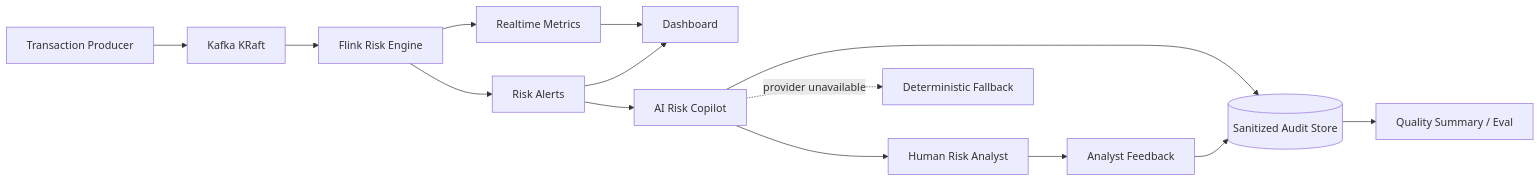
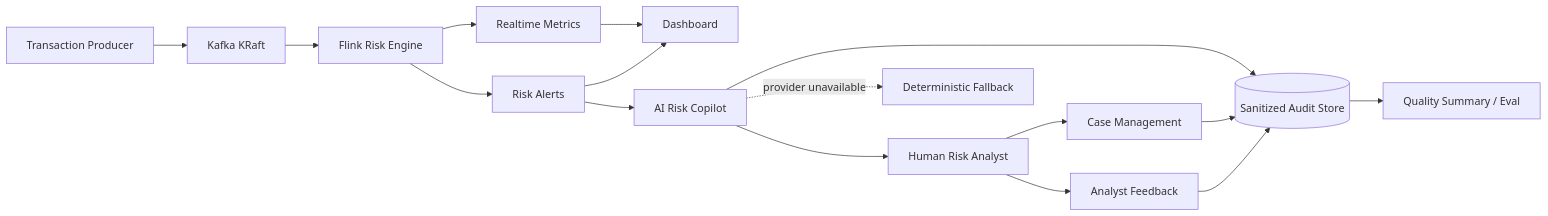
The diagram in README.md (plutoczm/finguard-realtime-risk-monitor), drawn with Mermaid before and after one commit. The commit also changed other lines of this file and 10 other files, not shown here.

Commit message:
feat: add analyst case management workflow

````diff
--- a/README.md
+++ b/README.md
@@ -9,16 +9,18 @@
 ```mermaid
 flowchart LR
     P[Transaction Producer] --> K[Kafka KRaft]
     K --> F[Flink Risk Engine]
     F --> M[Realtime Metrics]
     F --> A[Risk Alerts]
     M --> D[Dashboard]
     A --> D
     A --> C[AI Risk Copilot]
     C --> H[Human Risk Analyst]
+    C --> S[(Sanitized Audit Store)]
+    H --> CM[Case Management]
+    CM --> S
     H --> Q[Analyst Feedback]
-    C --> S[(Sanitized Audit Store)]
     Q --> S
     S --> E[Quality Summary / Eval]
     C -. provider unavailable .-> G[Deterministic Fallback]
 ```
````
